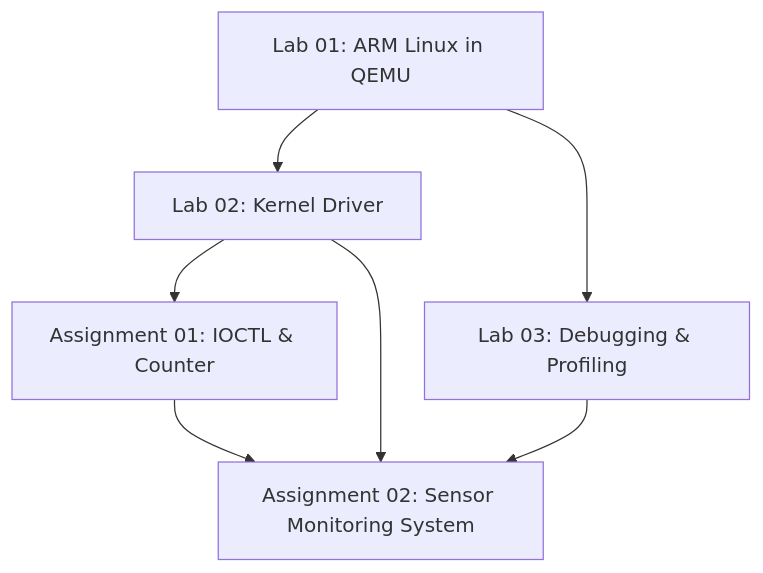
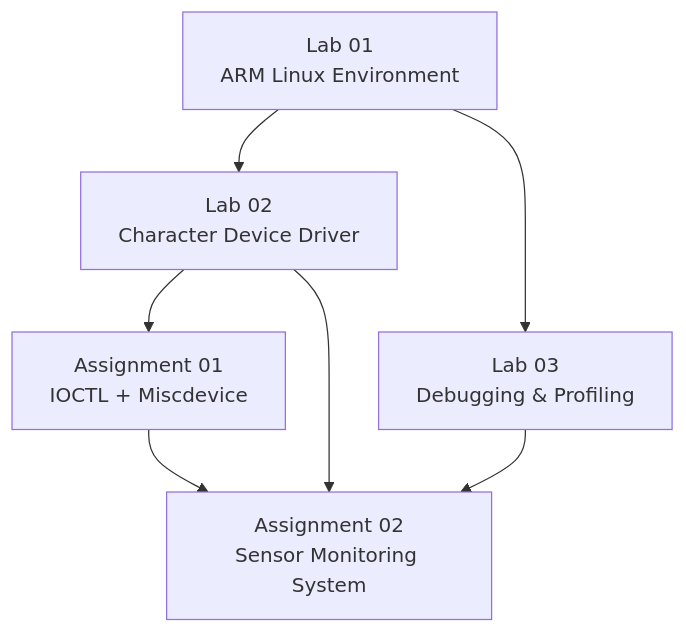
One commit to Longlmao123/LOS201 changed the diagram in README.md. Above: the diagram before and after it, drawn with Mermaid. The commit also changed other lines of this file, not shown here.

````diff
--- a/README.md
+++ b/README.md
@@ -41,9 +56,10 @@
 ```mermaid
 flowchart TD
-    L1["Lab 01: ARM Linux in QEMU"] --> L2["Lab 02: Kernel Driver"]
-    L1 --> L3["Lab 03: Debugging & Profiling"]
-    L2 --> A1["Assignment 01: IOCTL & Counter"]
-    L2 --> A2["Assignment 02: Sensor Monitoring System"]
+    L1["Lab 01<br/>ARM Linux Environment"] --> L2["Lab 02<br/>Character Device Driver"]
+    L1 --> L3["Lab 03<br/>Debugging & Profiling"]
+
+    L2 --> A1["Assignment 01<br/>IOCTL + Miscdevice"]
+    L2 --> A2["Assignment 02<br/>Sensor Monitoring System"]
     L3 --> A2
     A1 --> A2
 ```
````
